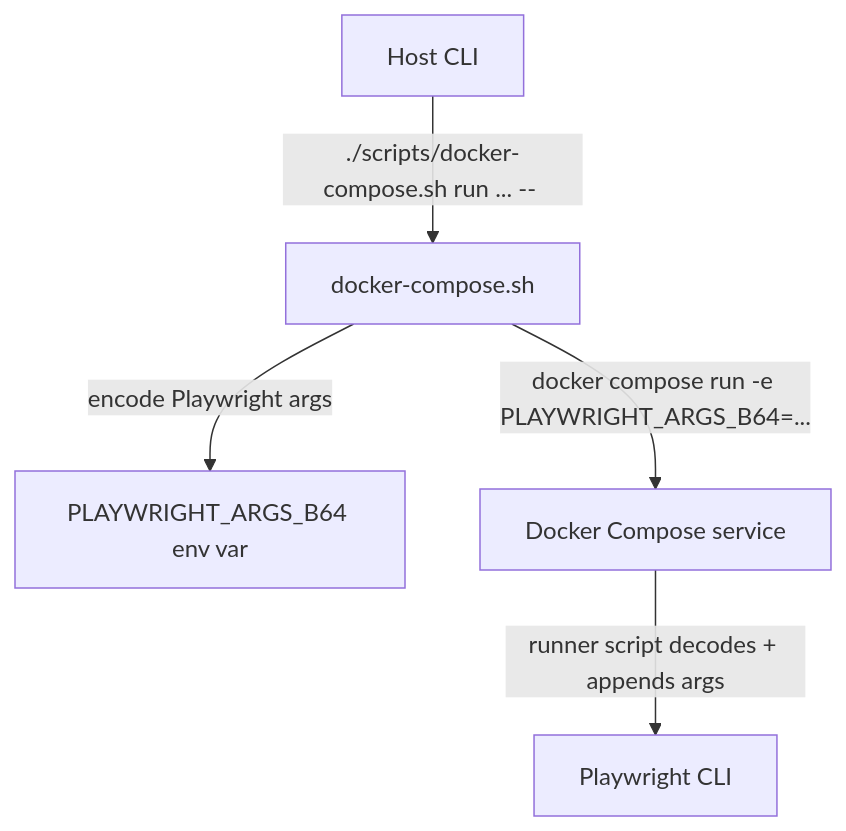
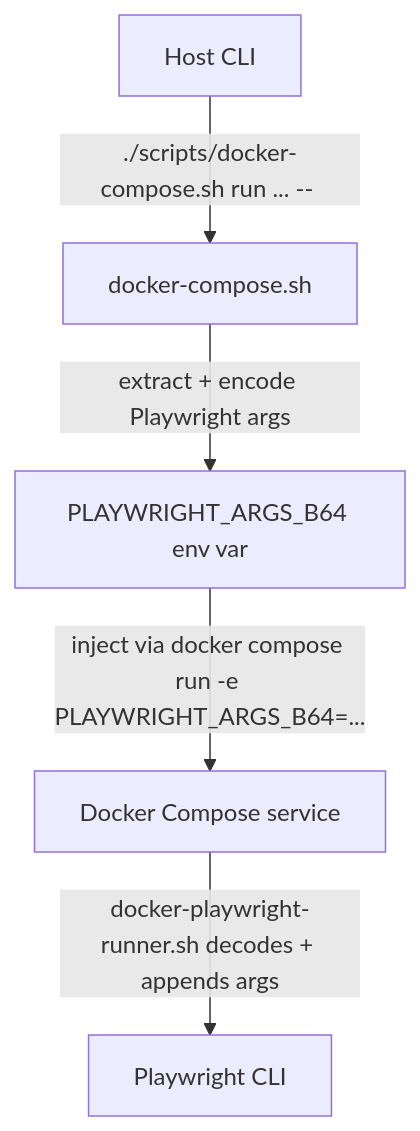
One commit to ongov/ontario-design-system changed the diagram in docker/README.md. Above: the diagram before and after it, drawn with Mermaid. The commit also changed 5 other files, not shown here.

First line of the commit message:
chore(docs): document Docker scripts and compose configuration

````diff
--- a/docker/README.md
+++ b/docker/README.md
@@ -113,7 +113,7 @@
 ```mermaid
 flowchart TD
   A[Host CLI] -->|./scripts/docker-compose.sh run ... -- <args>| B[docker-compose.sh]
-  B -->|encode Playwright args| C[PLAYWRIGHT_ARGS_B64 env var]
-  B -->|docker compose run -e PLAYWRIGHT_ARGS_B64=...| D[Docker Compose service]
-  D -->|runner script decodes + appends args| E[Playwright CLI]
+  B -->|extract + encode Playwright args| C[PLAYWRIGHT_ARGS_B64 env var]
+  C -->|inject via docker compose run -e PLAYWRIGHT_ARGS_B64=...| D[Docker Compose service]
+  D -->|docker-playwright-runner.sh decodes + appends args| E[Playwright CLI]
 ```
````
